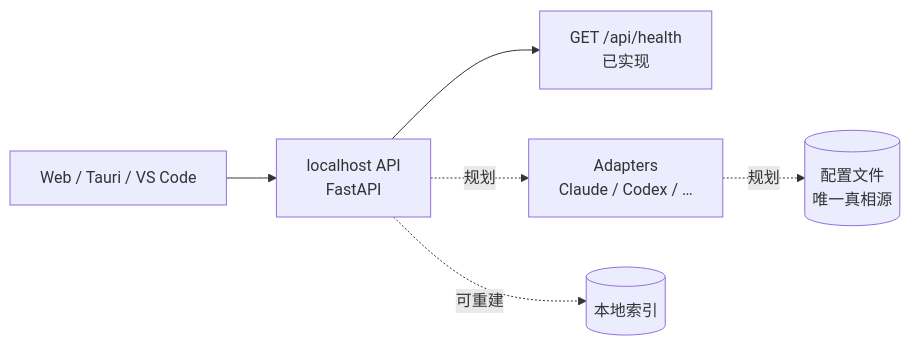
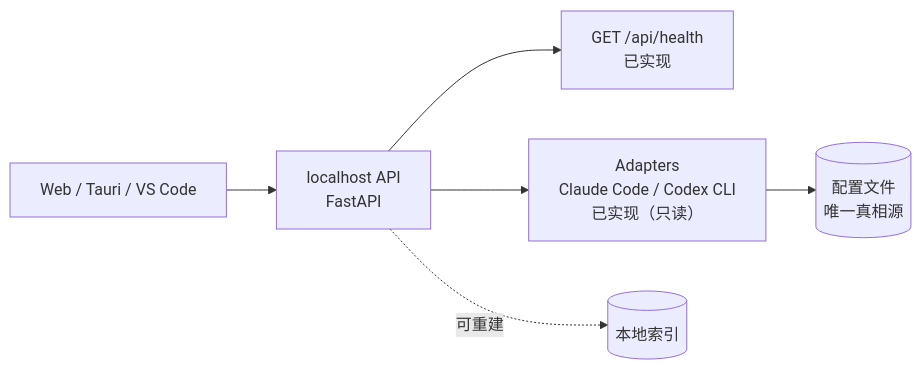
One commit to xming-cell/CC-Roster changed the diagram in README.md. Above: the diagram before and after it, drawn with Mermaid. The commit also changed other lines of this file and 35 other files, not shown here.

````diff
--- a/README.md
+++ b/README.md
@@ -47,8 +47,8 @@
 ```mermaid
 flowchart LR
     UI["Web / Tauri / VS Code"] --> API["localhost API<br/>FastAPI"]
     API --> H["GET /api/health<br/>已实现"]
-    API -. 规划 .-> AD["Adapters<br/>Claude / Codex / …"]
-    AD -. 规划 .-> CFG[("配置文件<br/>唯一真相源")]
+    API --> AD["Adapters<br/>Claude Code / Codex CLI<br/>已实现（只读）"]
+    AD --> CFG[("配置文件<br/>唯一真相源")]
     API -. 可重建 .-> DB[("本地索引")]
 ```
````
